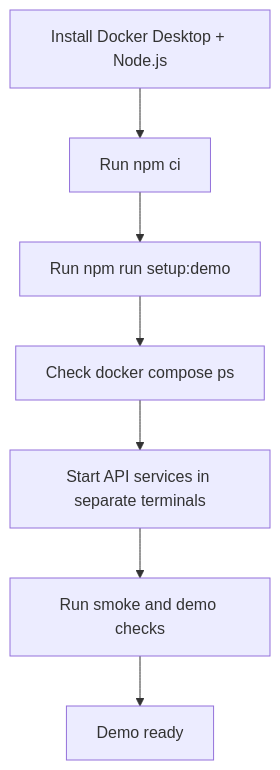
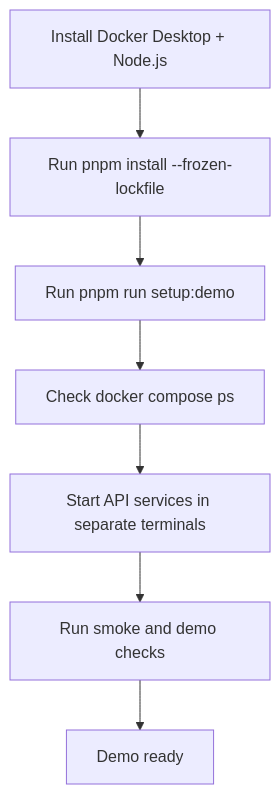
Before and after one commit to Life-Experimentalist/PulseWard-HMS: the diagram in docs/deployment/demo-quickstart.md, drawn with Mermaid. The commit also changed other lines of this file and 84 other files, not shown here.

````diff
--- a/docs/deployment/demo-quickstart.md
+++ b/docs/deployment/demo-quickstart.md
@@ -7,9 +7,9 @@
 ```mermaid
 flowchart TD
-	A[Install Docker Desktop + Node.js] --> B[Run npm ci]
-	B --> C[Run npm run setup:demo]
+	A[Install Docker Desktop + Node.js] --> B[Run pnpm install --frozen-lockfile]
+	B --> C[Run pnpm run setup:demo]
 	C --> D[Check docker compose ps]
 	D --> E[Start API services in separate terminals]
 	E --> F[Run smoke and demo checks]
 	F --> G[Demo ready]
 ```
````
